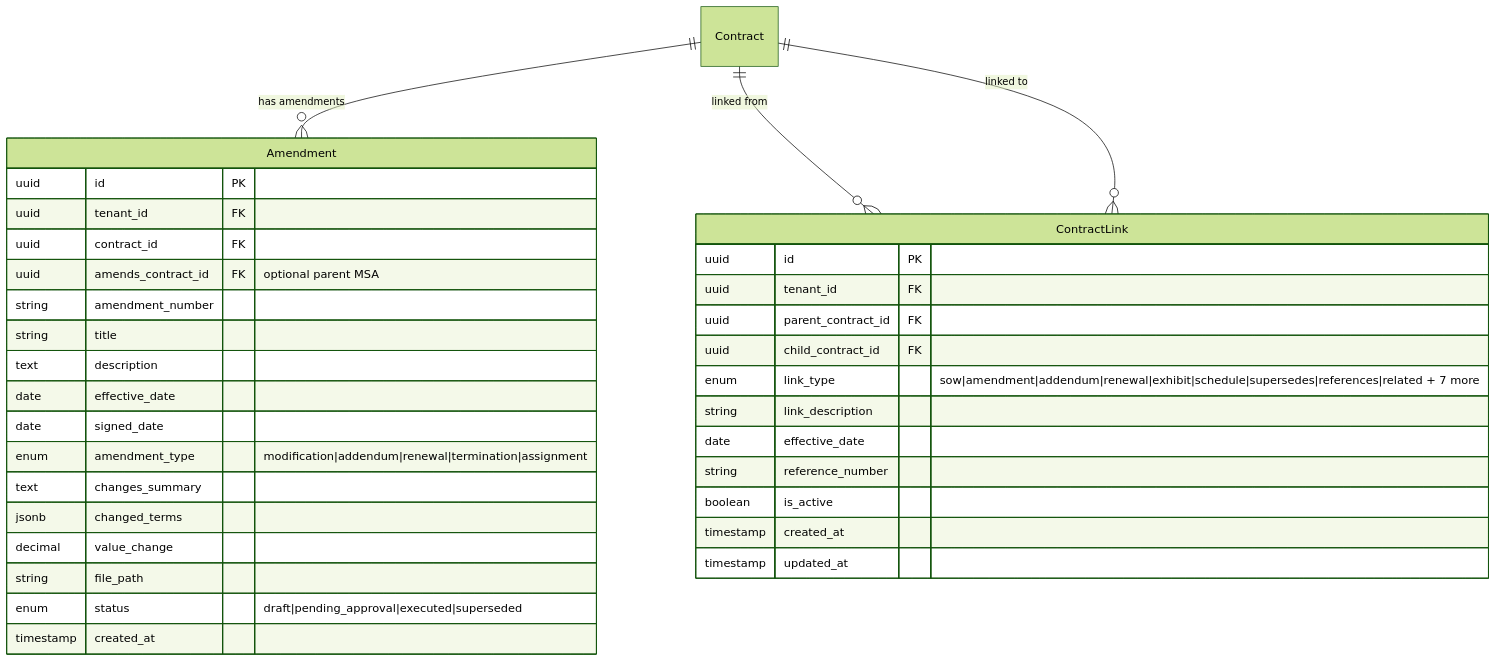
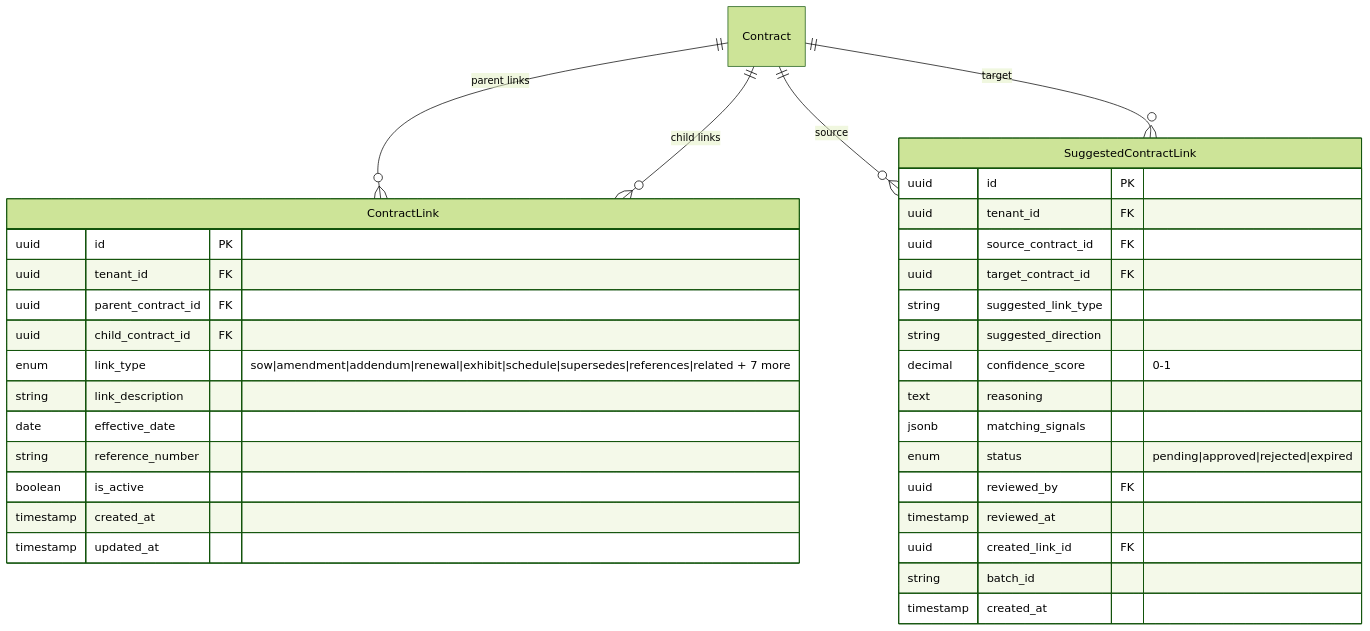
One commit to jjayarajdev/clm-evaluetor changed diagram 11 of 51 in docs/DATA_MODEL.md. Above: the diagram before and after it, drawn with Mermaid (forest theme). The commit also changed other lines of this file and 19 other files, not shown here.

````diff
--- a/docs/DATA_MODEL.md
+++ b/docs/DATA_MODEL.md
@@ -318,39 +472,39 @@
 ```mermaid
 erDiagram
-    Contract ||--o{ Amendment : "has amendments"
-    Contract ||--o{ ContractLink : "linked from"
-    Contract ||--o{ ContractLink : "linked to"
-
-    Amendment {
-        uuid id PK
-        uuid tenant_id FK
-        uuid contract_id FK
-        uuid amends_contract_id FK "optional parent MSA"
-        string amendment_number
-        string title
-        text description
-        date effective_date
-        date signed_date
-        enum amendment_type "modification|addendum|renewal|termination|assignment"
-        text changes_summary
-        jsonb changed_terms
-        decimal value_change
-        string file_path
-        enum status "draft|pending_approval|executed|superseded"
-        timestamp created_at
-    }
+    Contract ||--o{ ContractLink : "parent links"
+    Contract ||--o{ ContractLink : "child links"
+    Contract ||--o{ SuggestedContractLink : "source"
+    Contract ||--o{ SuggestedContractLink : "target"
 
     ContractLink {
         uuid id PK
         uuid tenant_id FK
         uuid parent_contract_id FK
         uuid child_contract_id FK
         enum link_type "sow|amendment|addendum|renewal|exhibit|schedule|supersedes|references|related + 7 more"
         string link_description
         date effective_date
         string reference_number
         boolean is_active
         timestamp created_at
         timestamp updated_at
     }
+
+    SuggestedContractLink {
+        uuid id PK
+        uuid tenant_id FK
+        uuid source_contract_id FK
+        uuid target_contract_id FK
+        string suggested_link_type
+        string suggested_direction
+        decimal confidence_score "0-1"
+        text reasoning
+        jsonb matching_signals
+        enum status "pending|approved|rejected|expired"
+        uuid reviewed_by FK
+        timestamp reviewed_at
+        uuid created_link_id FK
+        string batch_id
+        timestamp created_at
+    }
 ```
````
